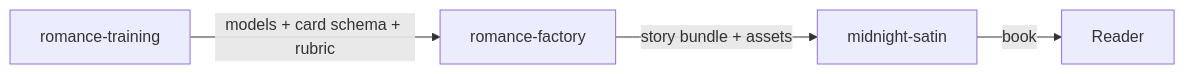
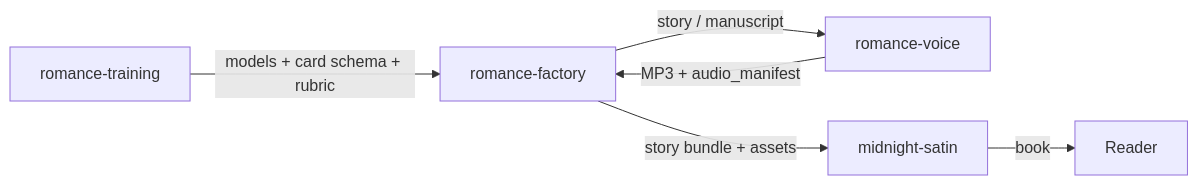
Before and after one commit to okita-io/romance-architecture: the first of 2 diagrams in docs/ARCHITECTURE.md, drawn with Mermaid. The commit also changed other lines of this file and 6 other files, not shown here.

First line of the commit message:
Add romance-voice and audiobook contract for Midnight Satin.

````diff
--- a/docs/ARCHITECTURE.md
+++ b/docs/ARCHITECTURE.md
@@ -47,6 +57,8 @@
 ```mermaid
 flowchart LR
   RT[romance-training] -->|models + card schema + rubric| RF[romance-factory]
+  RF -->|story / manuscript| RV[romance-voice]
+  RV -->|MP3 + audio_manifest| RF
   RF -->|story bundle + assets| MS[midnight-satin]
   MS -->|book| reader[Reader]
 ```
````
